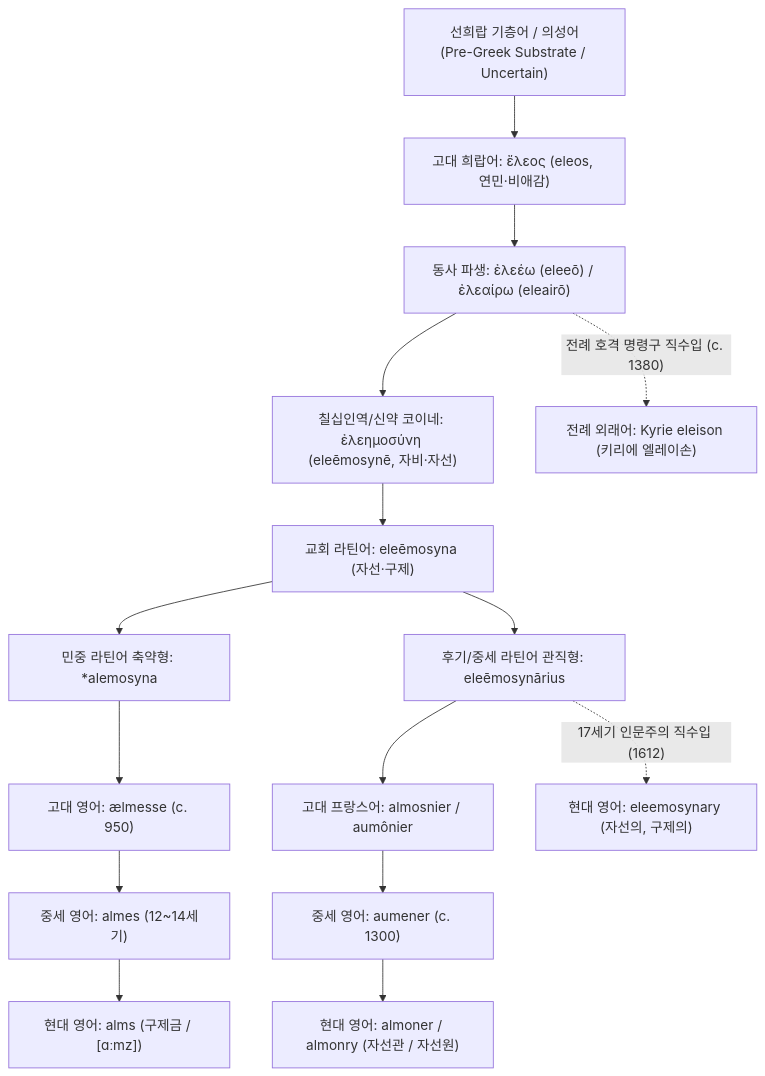
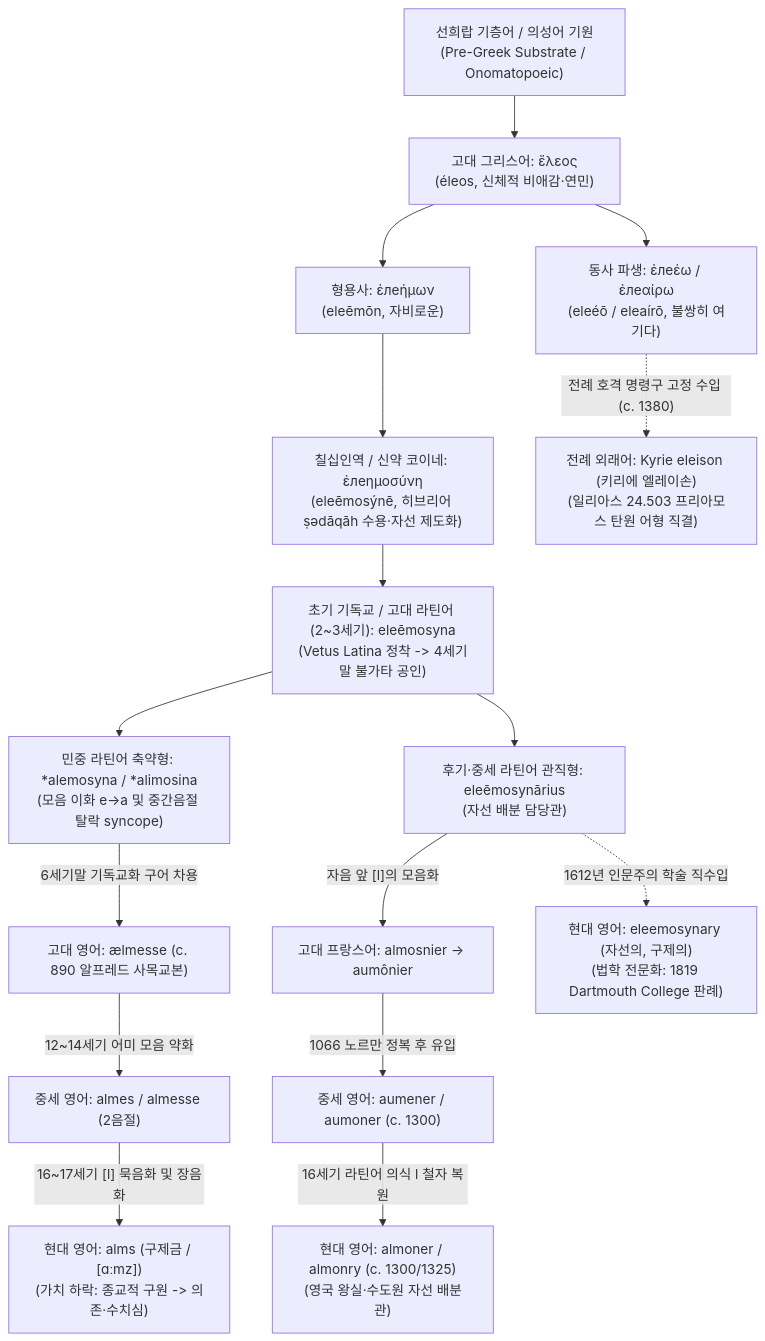
One commit to YgHnSIM/Homer_wiki changed the diagram in words/word-eleos.md. Above: the diagram before and after it, drawn with Mermaid. The commit also changed other lines of this file and 3 other files, not shown here.

````diff
--- a/words/word-eleos.md
+++ b/words/word-eleos.md
@@ -32,29 +32,30 @@
 ```mermaid
-graph TD
-    %% 기원 및 고대 그리스어 층위
-    PG["선희랍 기층어 / 의성어<br/>(Pre-Greek Substrate / Uncertain)"] --> GRK["고대 희랍어: ἔλεος (eleos, 연민·비애감)"]
-    GRK --> VERB["동사 파생: ἐλεέω (eleeō) / ἐλεαίρω (eleairō)"]
-    VERB --> LXX["칠십인역/신약 코이네: ἐλεημοσύνη (eleēmosynē, 자비·자선)"]
+flowchart TD
+    %% 1. 기원 및 그리스어 층위
+    SUB["선희랍 기층어 / 의성어 기원<br/>(Pre-Greek Substrate / Onomatopoeic)"] --> GRK["고대 그리스어: ἔλεος<br/>(éleos, 신체적 비애감·연민)"]:::focus
+    GRK --> VERB["동사 파생: ἐлеέω / ἐлеαίρω<br/>(eleéō / eleaírō, 불쌍히 여기다)"]
+    GRK --> ADJ["형용사: ἐлеήμων<br/>(eleēmōn, 자비로운)"]
+    ADJ --> LXX["칠십인역 / 신약 코이네: ἐлеημοσύνη<br/>(eleēmosýnē, 히브리어 ṣədāqāh 수용·자선 제도화)"]
 
-    %% 라틴어 수용 층위
-    LXX --> LLAT["교회 라틴어: eleēmosyna (자선·구제)"]
-    LLAT --> VLAT["민중 라틴어 축약형: *alemosyna"]
-    LLAT --> MLAT["후기/중세 라틴어 관직형: eleēmosynārius"]
+    %% 2. 라틴어 수용 및 분기 층위
+    LXX --> VLATA["초기 기독교 / 고대 라틴어 (2~3세기): eleēmosyna<br/>(Vetus Latina 정착 -> 4세기말 불가타 공인)"]
+    VLATA --> VLATB["민중 라틴어 축약형: *alemosyna / *alimosina<br/>(모음 이화 e->a 및 중간음절 탈락 syncope)"]
+    VLATA --> MLAT["후기·중세 라틴어 관직형: eleēmosynārius<br/>(자선 배분 담당관)"]
 
-    %% 3대 전파 분기 경로
+    %% 3. 4대 전파 분기 경로
     %% 경로 1: 게르만 고층 구어 차용 (Alms)
-    VLAT --> OE["고대 영어: ælmesse (c. 950)"]
-    OE --> ME1["중세 영어: almes (12~14세기)"]
-    ME1 --> MOD1["현대 영어: alms (구제금 / [ɑːmz])"]
+    VLATB -->|"6세기말 기독교화 구어 차용"| OE["고대 영어: ælmesse (c. 890 알프레드 사목교본)"]
+    OE -->|"12~14세기 어미 모음 약화"| ME1["중세 영어: almes / almesse (2음절)"]
+    ME1 -->|"16~17세기 [l] 묵음화 및 장음화"| MOD1["현대 영어: alms (구제금 / [ɑːmz])<br/>(가치 하락: 종교적 구원 -> 의존·수치심)"]
 
-    %% 경로 2: 앵글로-노르만 불어 경유 제도어 (Almoner)
-    MLAT --> OFR["고대 프랑스어: almosnier / aumônier"]
-    OFR --> ME2["중세 영어: aumener (c. 1300)"]
-    ME2 --> MOD2["현대 영어: almoner / almonry (자선관 / 자선원)"]
+    %% 경로 2: 앵글로-노르만 불어 경유 관직어 (Almoner)
+    MLAT -->|"자음 앞 [l]의 모음화"| OFR["고대 프랑스어: almosnier -> aumônier"]
+    OFR -->|"1066 노르만 정복 후 유입"| ME2["중세 영어: aumener / aumoner (c. 1300)"]
+    ME2 -->|"16세기 라틴어 의식 l 철자 복원"| MOD2["현대 영어: almoner / almonry (c. 1300/1325)<br/>(영국 왕실·수도원 자선 배분관)"]
 
-    %% 경로 3: 르네상스 직접 학술 차용 (Eleemosynary)
-    MLAT -.->|"17세기 인문주의 직수입 (1612)"| MOD3["현대 영어: eleemosynary (자선의, 구제의)"]
+    %% 경로 3: 르네상스 17세기 직접 학술 차용 (Eleemosynary)
+    MLAT -.->|"1612년 인문주의 학술 직수입"| MOD3["현대 영어: eleemosynary (자선의, 구제의)<br/>(법학 전문화: 1819 Dartmouth College 판례)"]
 
     %% 경로 4: 전례 그리스어 직수입 (Kyrie eleison)
-    VERB -.->|"전례 호격 명령구 직수입 (c. 1380)"| MOD4["전례 외래어: Kyrie eleison (키리에 엘레이손)"]
+    VERB -.->|"전례 호격 명령구 고정 수입 (c. 1380)"| MOD4["전례 외래어: Kyrie eleison (키리에 엘레이손)<br/>(일리아스 24.503 프리아모스 탄원 어형 직결)"]
 ```
````
